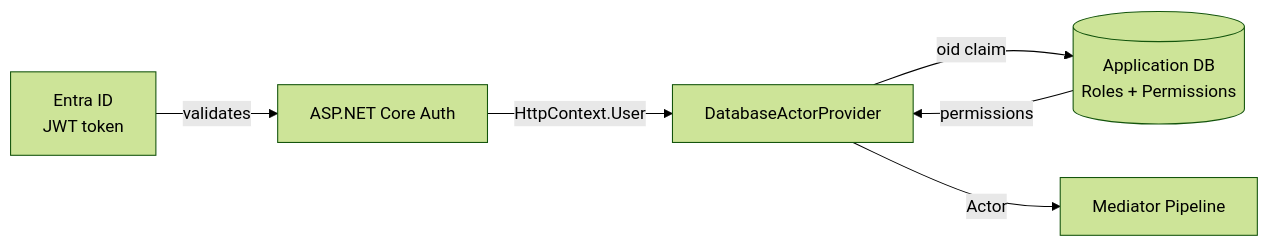
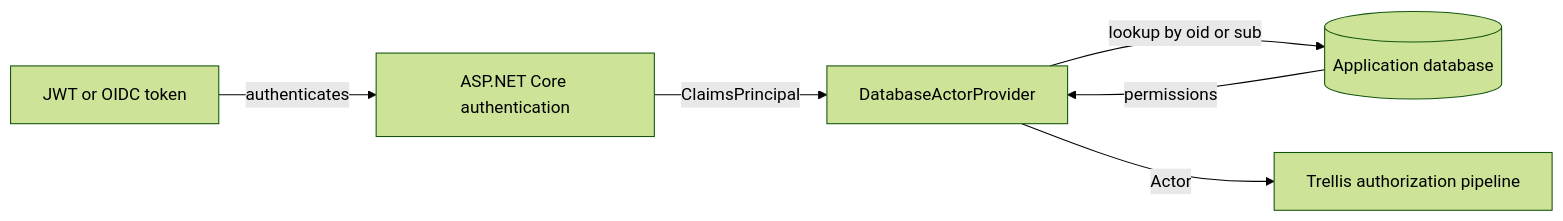
Before and after one commit to xavierjohn/Trellis: the first of 2 diagrams in docs/docfx_project/articles/integration-db-permissions.md, drawn with Mermaid (forest theme). The commit also changed other lines of this file and 107 other files, not shown here.

Commit message:
Enhance documentation for Trellis: Update index.md with clearer descriptions and examples; add integration-sso.md for setting up Single Sign-On (SSO) with various identity providers including Microsoft Entra ID and Google OAuth. (#377)

````diff
--- a/docs/docfx_project/articles/integration-db-permissions.md
+++ b/docs/docfx_project/articles/integration-db-permissions.md
@@ -22,8 +35,8 @@
 ```mermaid
 flowchart LR
-    A[Entra ID<br/>JWT token] -->|validates| B[ASP.NET Core Auth]
-    B -->|HttpContext.User| C[DatabaseActorProvider]
-    C -->|oid claim| D[(Application DB<br/>Roles + Permissions)]
+    A[JWT or OIDC token] -->|authenticates| B[ASP.NET Core authentication]
+    B -->|ClaimsPrincipal| C[DatabaseActorProvider]
+    C -->|lookup by oid or sub| D[(Application database)]
     D -->|permissions| C
-    C -->|Actor| E[Mediator Pipeline]
+    C -->|Actor| E[Trellis authorization pipeline]
 ```
````
